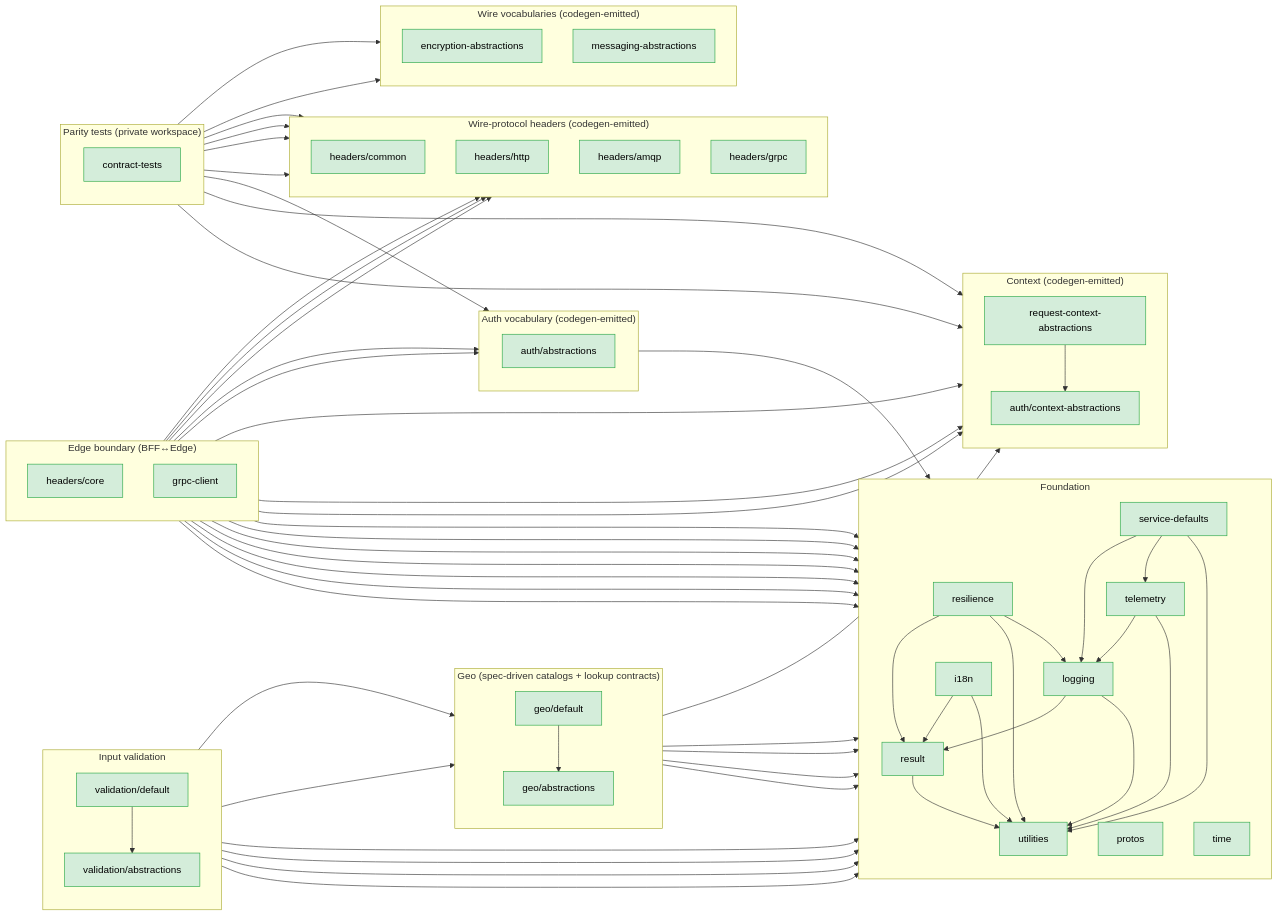
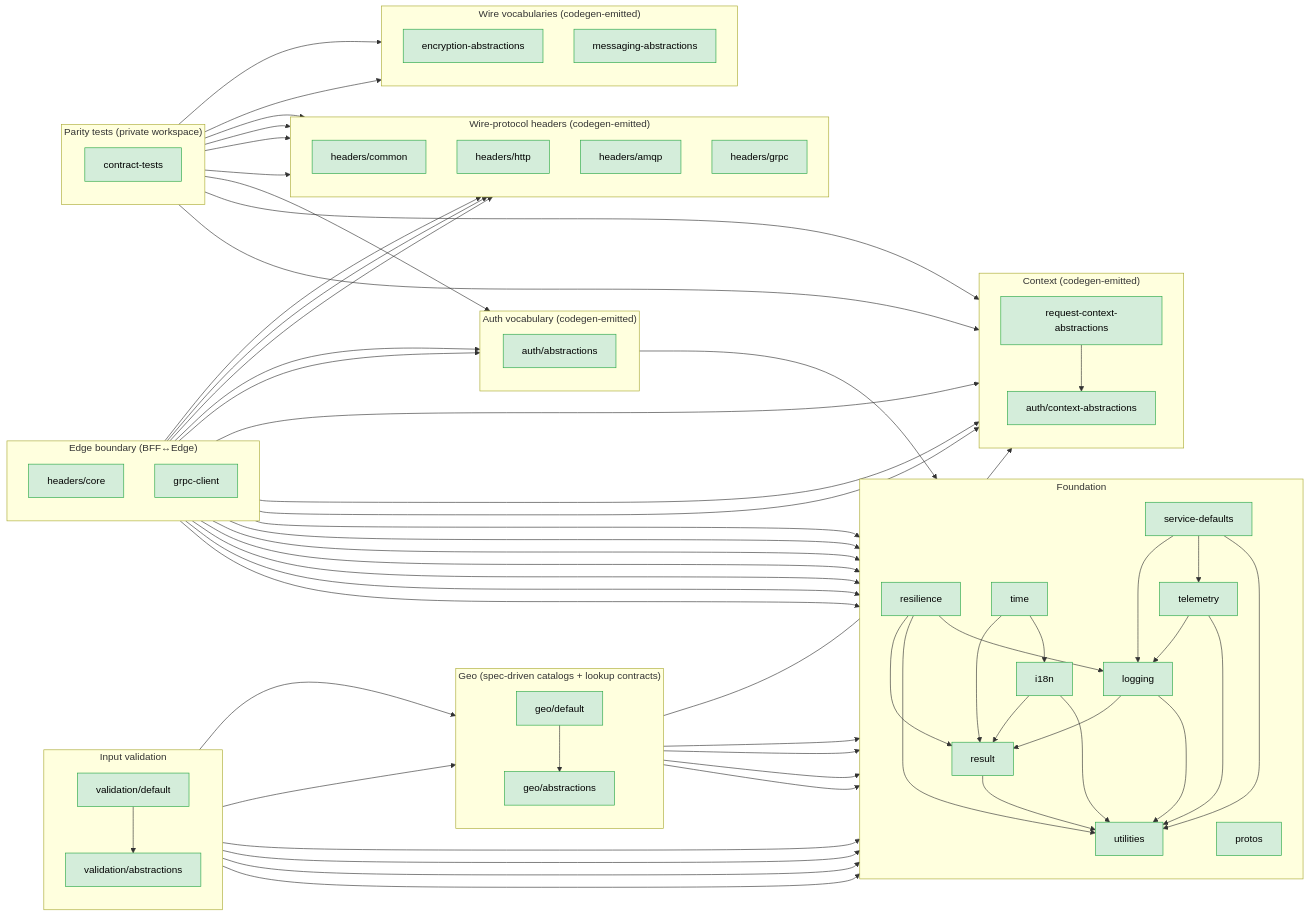
The diagram in server/shared/typescript/README.md (DSCV-io/D2-WORX), drawn with Mermaid before and after one commit. The commit also changed 30 other files, not shown here.

```diff
--- a/server/shared/typescript/README.md
+++ b/server/shared/typescript/README.md
@@ -173,6 +173,8 @@
     Resilience --> Logging
     I18n --> Result
     I18n --> Utilities
+    Time --> Result
+    Time --> I18n
     Logging --> Result
     Logging --> Utilities
     Telemetry --> Logging
```
